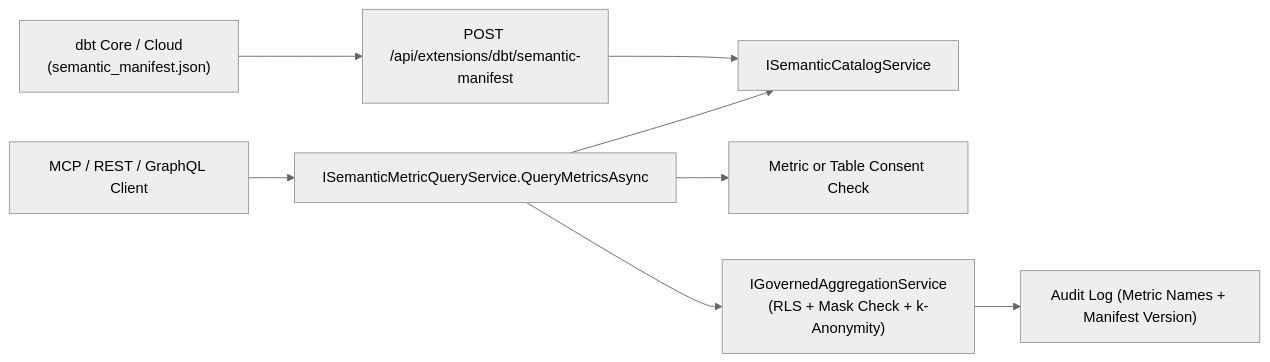
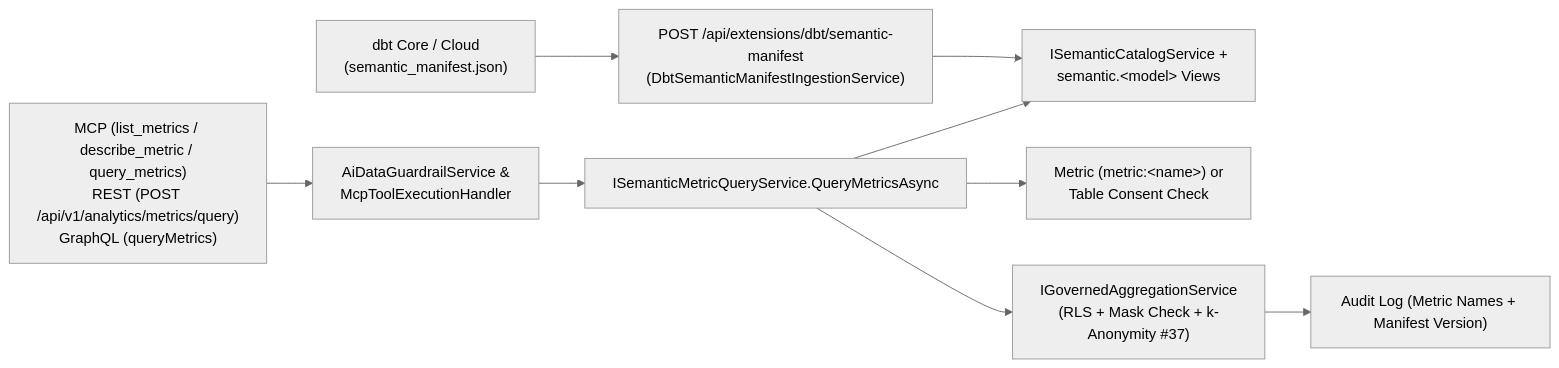
The diagram in docs/features/f-dbt-07-dbt-semantic-layer-metrics.md (themulle/autheris), drawn with Mermaid (neutral theme) before and after one commit. The commit also changed other lines of this file and 28 other files, not shown here.

Commit message:
feat: complete remaining plans (DP noise layer, MCP semantic tools, Trino metadata, tenant-aware semantic catalog, serial ITSM tests, docs)

````diff
--- a/docs/features/f-dbt-07-dbt-semantic-layer-metrics.md
+++ b/docs/features/f-dbt-07-dbt-semantic-layer-metrics.md
@@ -27,10 +28,11 @@
 ```mermaid
 flowchart LR
-    dbt["dbt Core / Cloud<br/>(semantic_manifest.json)"] --> Ingest["POST /api/extensions/dbt/semantic-manifest"]
-    Ingest --> Catalog["ISemanticCatalogService"]
-    Caller["MCP / REST / GraphQL Client"] --> Query["ISemanticMetricQueryService.QueryMetricsAsync"]
+    dbt["dbt Core / Cloud<br/>(semantic_manifest.json)"] --> Ingest["POST /api/extensions/dbt/semantic-manifest<br/>(DbtSemanticManifestIngestionService)"]
+    Ingest --> Catalog["ISemanticCatalogService +<br/>semantic.&lt;model&gt; Views"]
+    Caller["MCP (list_metrics / describe_metric / query_metrics)<br/>REST (POST /api/v1/analytics/metrics/query)<br/>GraphQL (queryMetrics)"] --> Guardrail["AiDataGuardrailService &amp;<br/>McpToolExecutionHandler"]
+    Guardrail --> Query["ISemanticMetricQueryService.QueryMetricsAsync"]
     Query --> Catalog
-    Query --> Consent["Metric or Table Consent Check"]
-    Query --> Agg["IGovernedAggregationService<br/>(RLS + Mask Check + k-Anonymity)"]
+    Query --> Consent["Metric (metric:&lt;name&gt;) or<br/>Table Consent Check"]
+    Query --> Agg["IGovernedAggregationService<br/>(RLS + Mask Check + k-Anonymity #37)"]
     Agg --> Audit["Audit Log (Metric Names + Manifest Version)"]
 ```
````
